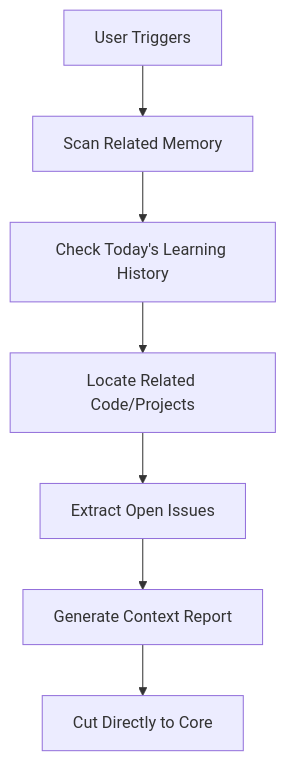
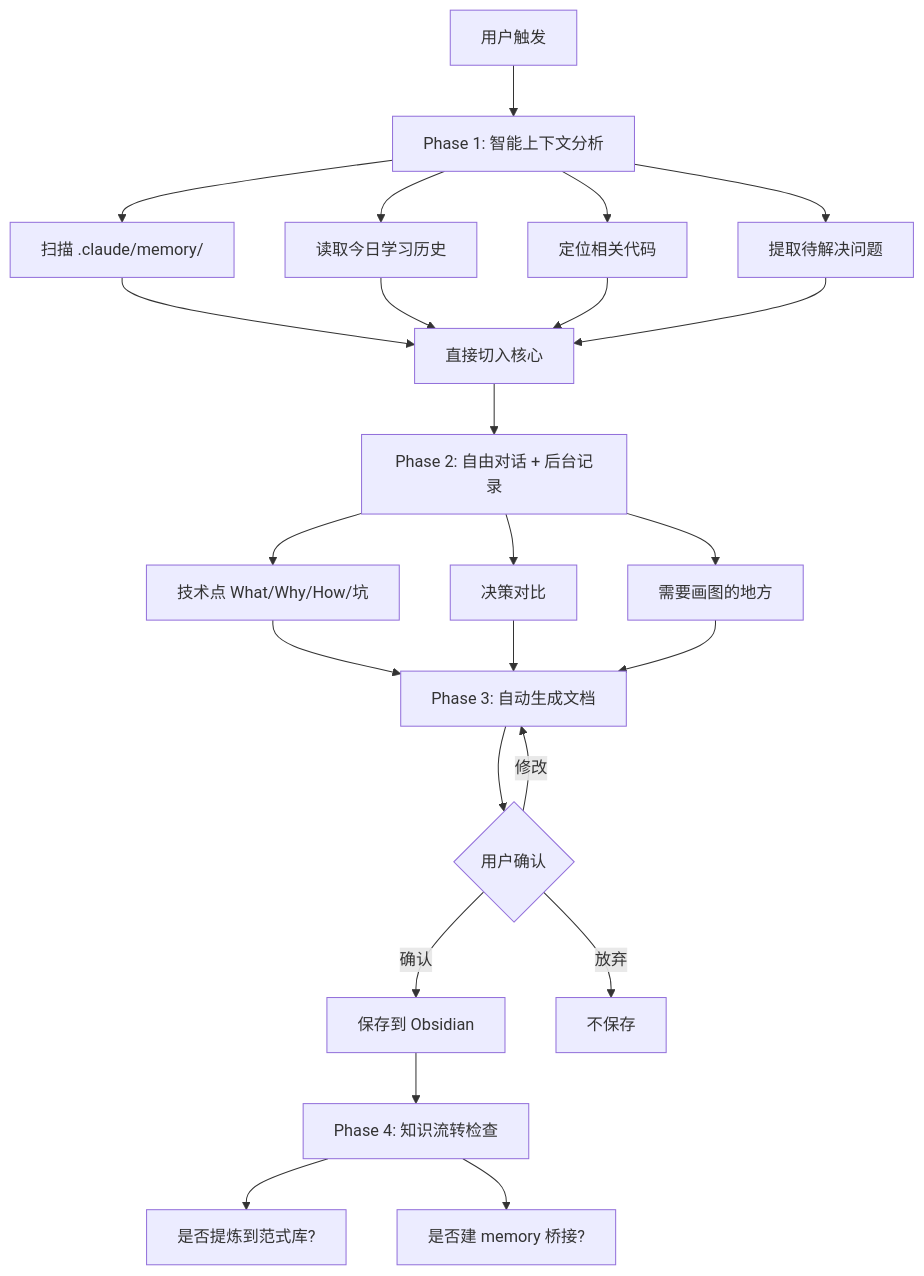
The diagram in README.md (longhuang1997-cpu/AI-Tech-Learn), drawn with Mermaid before and after one commit. The commit also changed other lines of this file and 1 other file, not shown here.

````diff
--- a/README.md
+++ b/README.md
@@ -104,9 +74,24 @@
 ```mermaid
 graph TD
-    A[User Triggers] --> B[Scan Related Memory]
-    B --> C[Check Today's Learning History]
-    C --> D[Locate Related Code/Projects]
-    D --> E[Extract Open Issues]
-    E --> F[Generate Context Report]
-    F --> G[Cut Directly to Core]
+    A[用户触发] --> B[Phase 1: 智能上下文分析]
+    B --> B1[扫描 .claude/memory/]
+    B --> B2[读取今日学习历史]
+    B --> B3[定位相关代码]
+    B --> B4[提取待解决问题]
+    B1 & B2 & B3 & B4 --> C[直接切入核心]
+
+    C --> D[Phase 2: 自由对话 + 后台记录]
+    D --> D1[技术点 What/Why/How/坑]
+    D --> D2[决策对比]
+    D --> D3[需要画图的地方]
+
+    D1 & D2 & D3 --> E[Phase 3: 自动生成文档]
+    E --> F{用户确认}
+    F -->|确认| G[保存到 Obsidian]
+    F -->|修改| E
+    F -->|放弃| H[不保存]
+
+    G --> I[Phase 4: 知识流转检查]
+    I --> I1[是否提炼到范式库?]
+    I --> I2[是否建 memory 桥接?]
 ```
````
